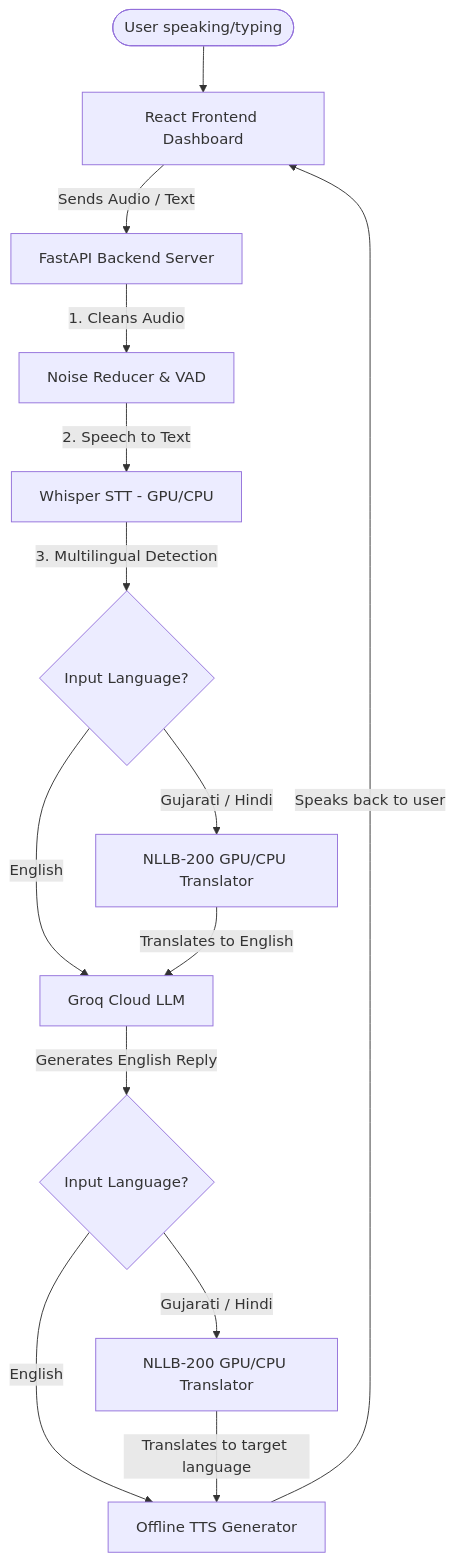
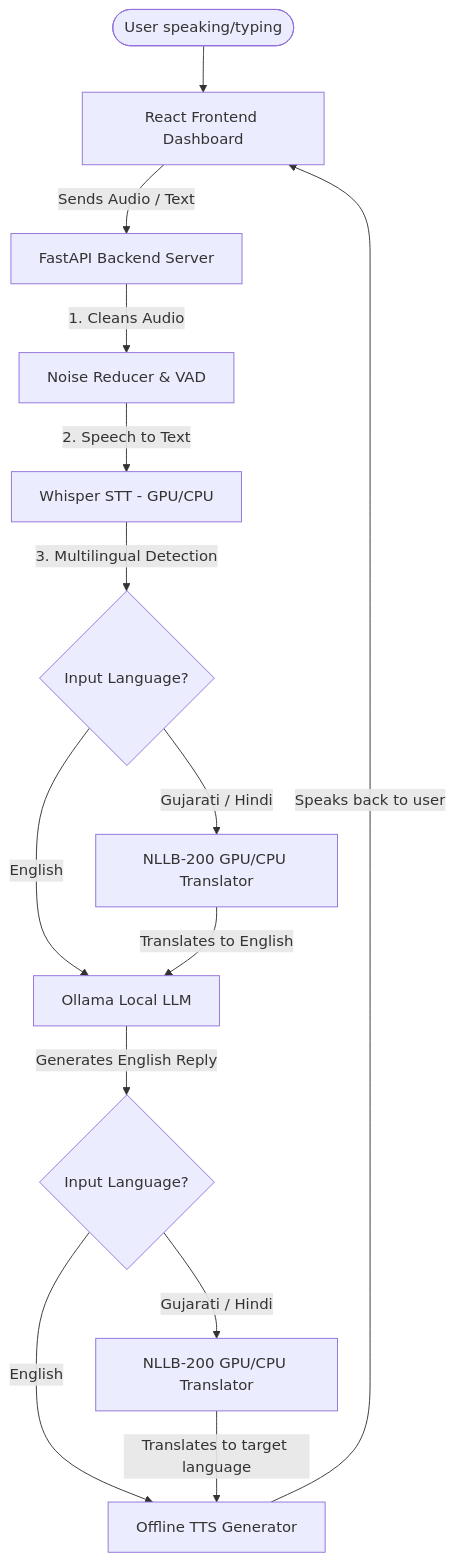
The diagram in README.md (Yanshu04/Vaani-Online), drawn with Mermaid before and after one commit. The commit also changed other lines of this file and 19 other files, not shown here.

Commit message:
revert: restore local dual Ollama/Groq mode and local Whisper/NLLB models

````diff
--- a/README.md
+++ b/README.md
@@ -26,16 +26,16 @@
 ```mermaid
 graph TD
     User([User speaking/typing]) --> UI[React Frontend Dashboard]
     UI -->|Sends Audio / Text| API[FastAPI Backend Server]
     API -->|1. Cleans Audio| Denoise[Noise Reducer & VAD]
     Denoise -->|2. Speech to Text| STT[Whisper STT - GPU/CPU]
     STT -->|3. Multilingual Detection| LangMap{Input Language?}
     LangMap -->|Gujarati / Hindi| TransIn[NLLB-200 GPU/CPU Translator]
-    LangMap -->|English| LLM[Groq Cloud LLM]
+    LangMap -->|English| LLM[Ollama Local LLM]
     TransIn -->|Translates to English| LLM
     LLM -->|Generates English Reply| LangMapOut{Input Language?}
     LangMapOut -->|Gujarati / Hindi| TransOut[NLLB-200 GPU/CPU Translator]
     LangMapOut -->|English| TTS[Offline TTS Generator]
     TransOut -->|Translates to target language| TTS
     TTS -->|Speaks back to user| UI
 ```
````
